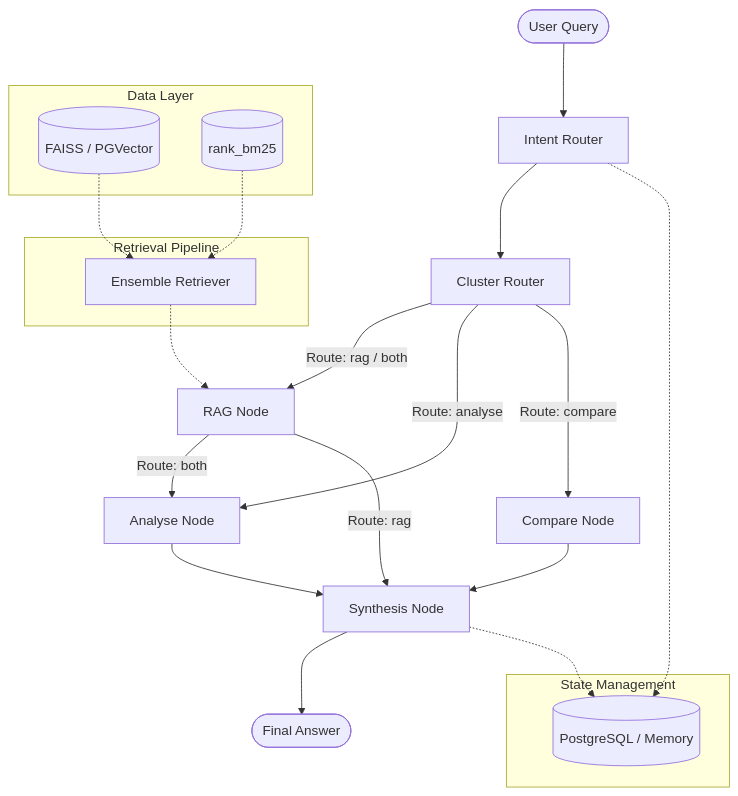
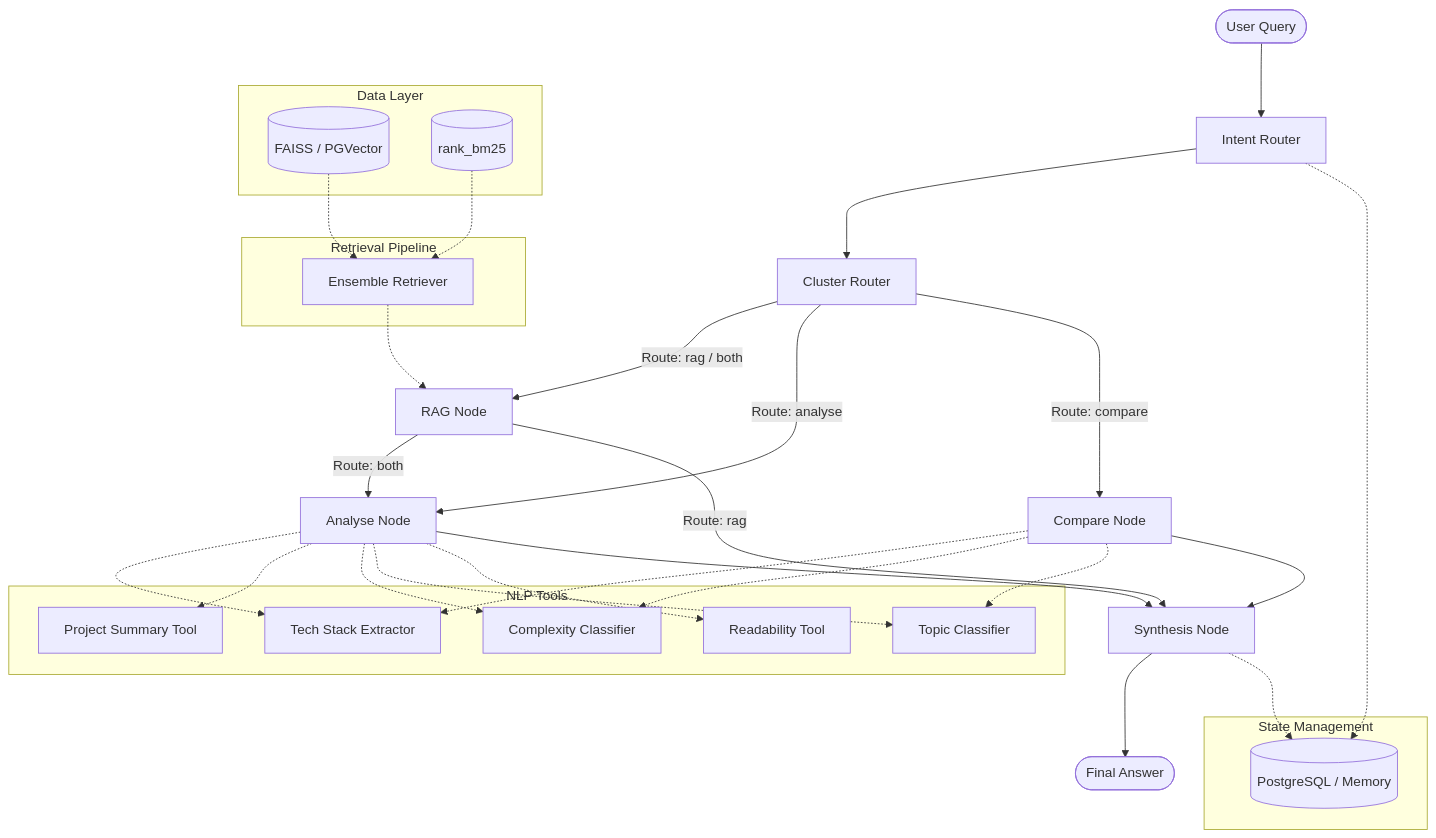
One commit to nikhil1234108/RAG_PJT_1 changed the diagram in README.md. Above: the diagram before and after it, drawn with Mermaid.

Commit message:
docs: add NLP tools to architecture diagram

````diff
--- a/README.md
+++ b/README.md
@@ -22,36 +22,54 @@
 ```mermaid
 graph TD
     User([User Query]) --> Router
     Router[Intent Router] --> ClusterRouter[Cluster Router]
     
     ClusterRouter -->|Route: rag / both| RAG[RAG Node]
     ClusterRouter -->|Route: analyse| Analyse[Analyse Node]
     ClusterRouter -->|Route: compare| Compare[Compare Node]
     
     RAG -->|Route: both| Analyse
     RAG -->|Route: rag| Synthesis[Synthesis Node]
+    
+    subgraph NLP_Tools[NLP Tools]
+        Tech[Tech Stack Extractor]
+        Summary[Project Summary Tool]
+        Complexity[Complexity Classifier]
+        Topic[Topic Classifier]
+        Readability[Readability Tool]
+    end
+    
+    Analyse -.-> Tech
+    Analyse -.-> Summary
+    Analyse -.-> Complexity
+    Analyse -.-> Topic
+    Analyse -.-> Readability
+    
+    Compare -.-> Tech
+    Compare -.-> Complexity
+    Compare -.-> Topic
     
     Analyse --> Synthesis
     Compare --> Synthesis
     
     Synthesis --> Output([Final Answer])
     
     subgraph Data Layer
         FAISS[(FAISS / PGVector)]
         BM25[(rank_bm25)]
     end
     
     subgraph Retrieval Pipeline
         Ensemble[Ensemble Retriever]
         FAISS -.-> Ensemble
         BM25 -.-> Ensemble
     end
     
     Ensemble -.-> RAG
     
     subgraph State Management
         DB[(PostgreSQL / Memory)]
     end
     Router -.-> DB
     Synthesis -.-> DB
 ```
````
